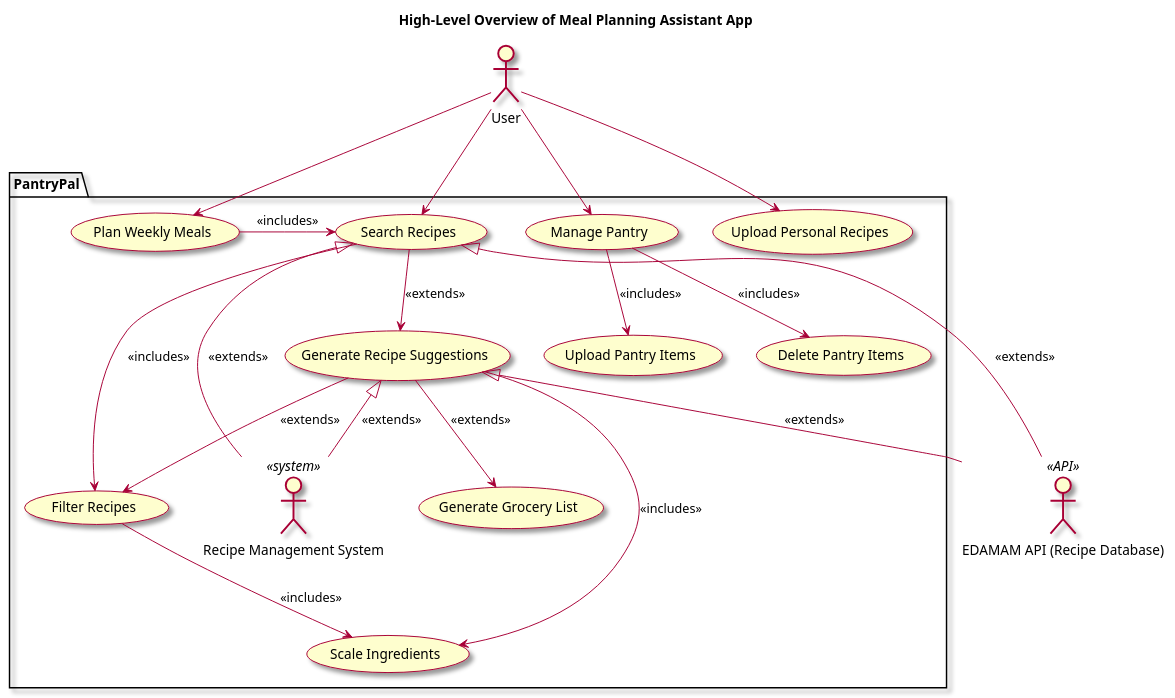
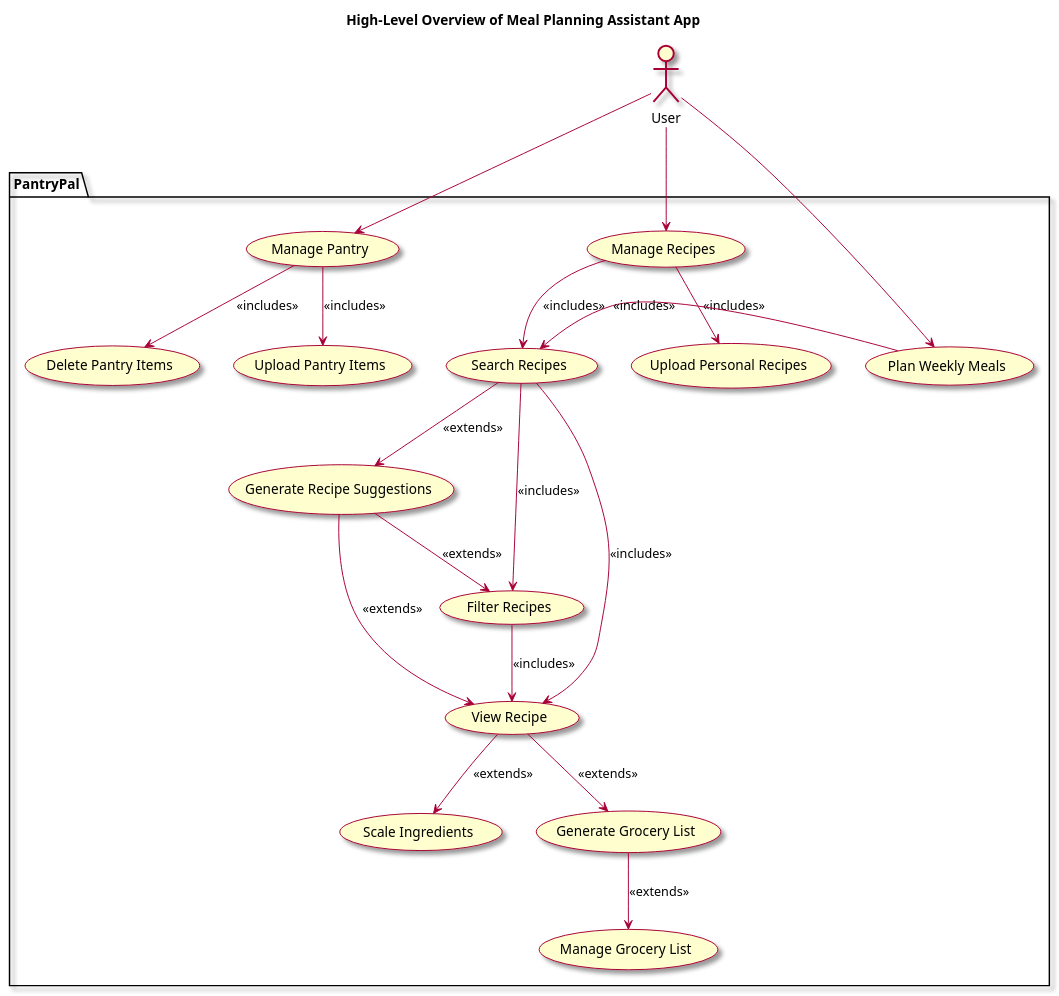
Before and after one commit to berthashipper/Pantry-Pal-Android-Application: the diagram in intellij/doc/vision.md, drawn with PlantUML.

Commit message:
fixed vision document to feedback

````diff
--- a/intellij/doc/vision.md
+++ b/intellij/doc/vision.md
@@ -27,59 +27,56 @@
 ```plantuml
 @startuml
 skin rose
 
 title High-Level Overview of Meal Planning Assistant App
 
 ' Human actor
 actor "User" as user
 
-' API actor
-actor "EDAMAM API (Recipe Database)" <<API>> as recipeDB
 
 ' List all use cases in package
 package PantryPal {
-' System actor
-    actor "Recipe Management System" <<system>> as recipeSystem
-    
     usecase "Manage Pantry" as managepantry
    
     usecase "Upload Pantry Items" as uploadPantryItems
     usecase "Generate Recipe Suggestions" as generateRecipeSuggestions
     usecase "Filter Recipes" as filterRecipes
     usecase "Scale Ingredients" as scaleIngredients
     usecase "Upload Personal Recipes" as uploadPersonalRecipes
     usecase "Plan Weekly Meals" as planWeeklyMeals
     usecase "Generate Grocery List" as generateGroceryList
     usecase "Search Recipes" as searchRecipes
     usecase "Delete Pantry Items" as deletePantryItems
-    
+    usecase "View Recipe" as view    
+    usecase "Manage Grocery List" as managegl
+    usecase "Manage Recipes" as manager
     
 }
 
 ' Associations
 user --> managepantry
 managepantry -down-> uploadPantryItems: <<includes>>
 managepantry -down-> deletePantryItems: <<includes>>
 
-user --> searchRecipes
+user --> manager
+manager --> searchRecipes: <<includes>>
+manager --> uploadPersonalRecipes: <<includes>>
+
 searchRecipes -down-> filterRecipes: <<includes>>
 searchRecipes -down-> generateRecipeSuggestions: <<extends>>
-generateRecipeSuggestions -down-> generateGroceryList: <<extends>>
+generateRecipeSuggestions -down-> view: <<extends>>
 generateRecipeSuggestions -down-> filterRecipes: <<extends>>
-generateRecipeSuggestions -down-> scaleIngredients: <<includes>>
-filterRecipes -down-> scaleIngredients: <<includes>>
+filterRecipes -down-> view: <<includes>>
 
 user --> planWeeklyMeals
 planWeeklyMeals -right-> searchRecipes: <<includes>>
 
-user --> uploadPersonalRecipes
+searchRecipes --> view: <<includes>>
+view --> scaleIngredients: <<extends>>
 
-generateRecipeSuggestions <|-down- recipeSystem : <<extends>>
-searchRecipes <|-down- recipeDB : <<extends>>
-generateRecipeSuggestions <|-down- recipeDB : <<extends>>
-searchRecipes <|-down- recipeSystem : <<extends>>
-
+view --> generateGroceryList: <<extends>>
+generateGroceryList --> managegl: <<extends>>
 
 
 @enduml
 ```
````
